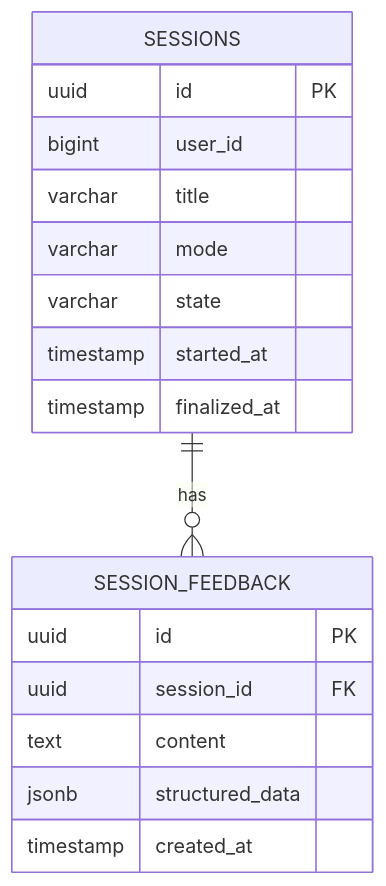
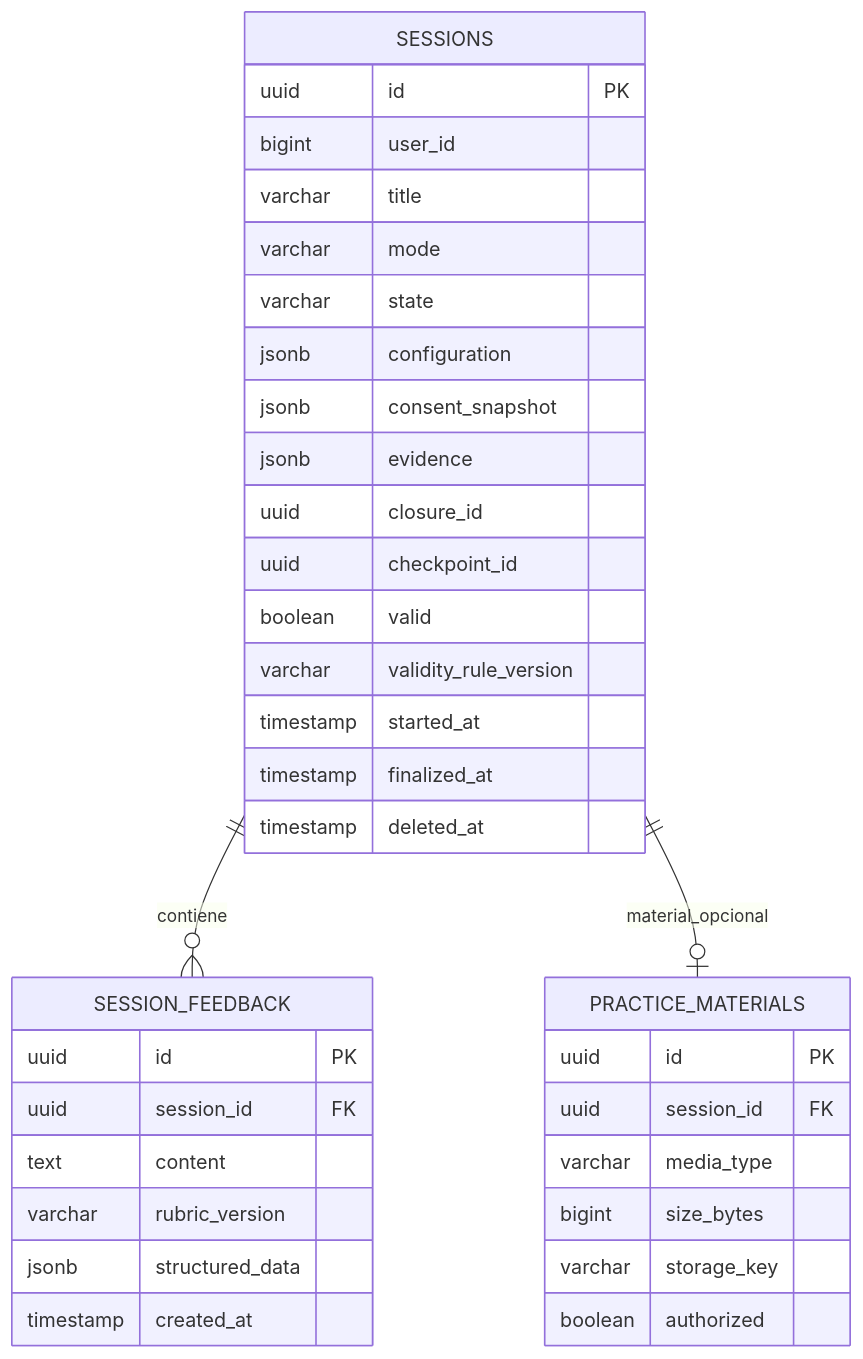
Before and after one commit to upc-pre-202620-si728-16365-thropic/talki-project-report: the diagram in assets/diagrams/tactical/04-practice-sessions-database.mmd, drawn with Mermaid. The commit also changed 6 other files, not shown here.

First line of the commit message:
docs(5.4): completa modelos y contratos de Practice Session Management

```diff
--- a/assets/diagrams/tactical/04-practice-sessions-database.mmd
+++ b/assets/diagrams/tactical/04-practice-sessions-database.mmd
@@ -1,18 +1,36 @@
 erDiagram
-    SESSIONS ||--o{ SESSION_FEEDBACK : has
+    SESSIONS ||--o{ SESSION_FEEDBACK : contiene
+    SESSIONS ||--o| PRACTICE_MATERIALS : material_opcional
     SESSIONS {
         uuid id PK
         bigint user_id
         varchar title
         varchar mode
         varchar state
+        jsonb configuration
+        jsonb consent_snapshot
+        jsonb evidence
+        uuid closure_id
+        uuid checkpoint_id
+        boolean valid
+        varchar validity_rule_version
         timestamp started_at
         timestamp finalized_at
+        timestamp deleted_at
     }
     SESSION_FEEDBACK {
         uuid id PK
         uuid session_id FK
         text content
+        varchar rubric_version
         jsonb structured_data
         timestamp created_at
     }
+    PRACTICE_MATERIALS {
+        uuid id PK
+        uuid session_id FK
+        varchar media_type
+        bigint size_bytes
+        varchar storage_key
+        boolean authorized
+    }
```
